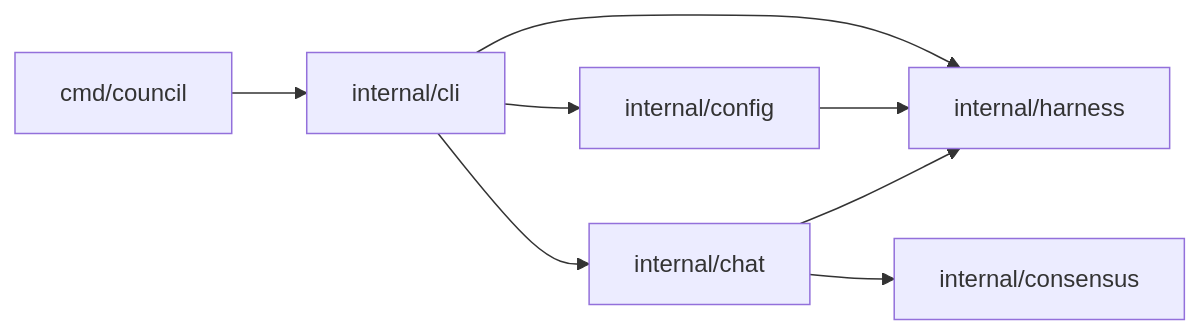
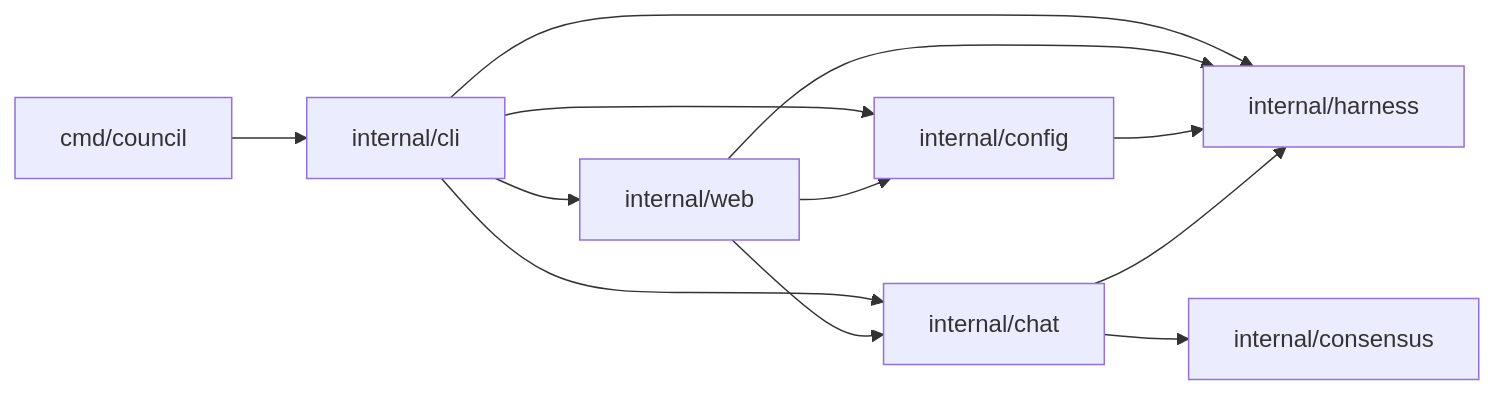
The first of 2 diagrams in docs/ARCHITECTURE.md (Parsa2820/council), drawn with Mermaid before and after one commit. The commit also changed other lines of this file and 5 other files, not shown here.

````diff
--- a/docs/ARCHITECTURE.md
+++ b/docs/ARCHITECTURE.md
@@ -27,10 +28,14 @@
 ```mermaid
 flowchart LR
     main[cmd/council] --> cli[internal/cli]
     cli --> config[internal/config]
     cli --> chat[internal/chat]
     cli --> harness[internal/harness]
+    cli --> web[internal/web]
+    web --> config
+    web --> chat
+    web --> harness
     config --> harness
     chat --> harness
     chat --> consensus[internal/consensus]
 ```
````
